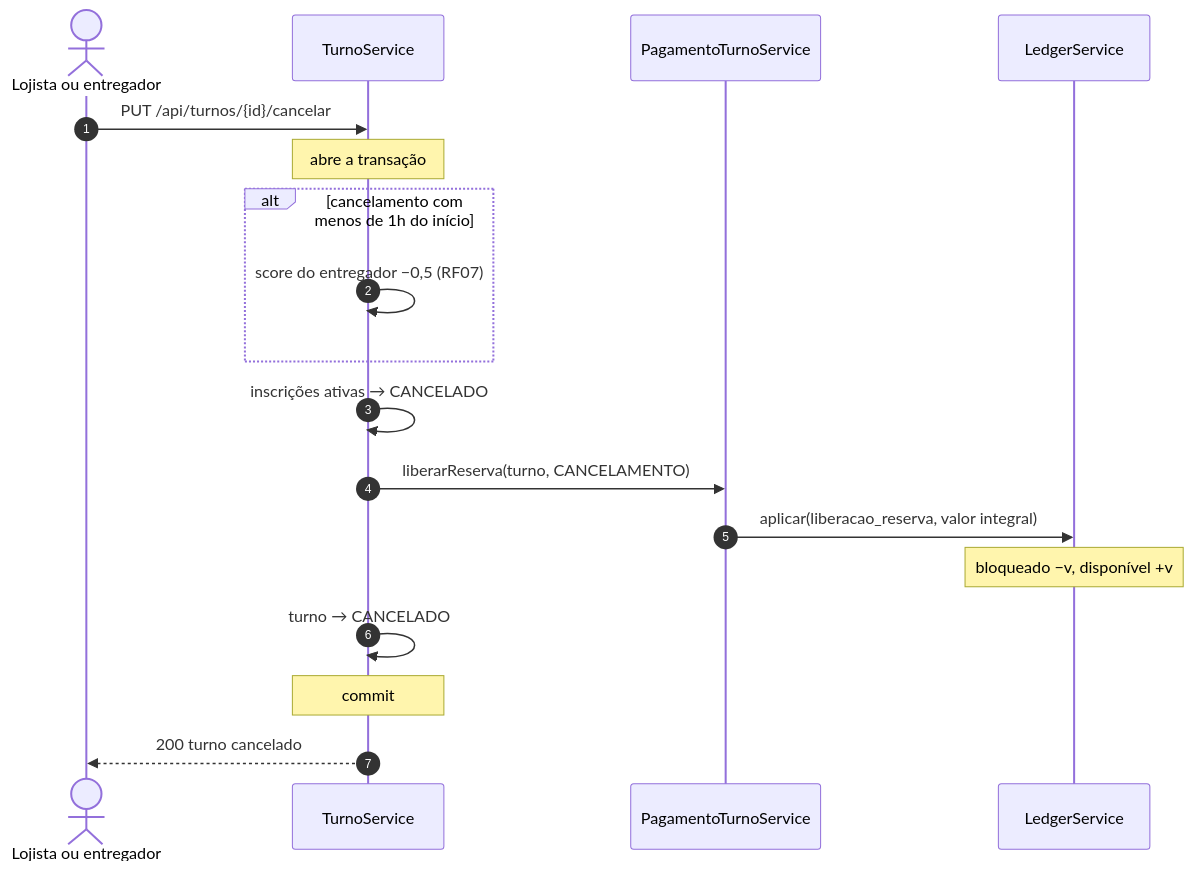
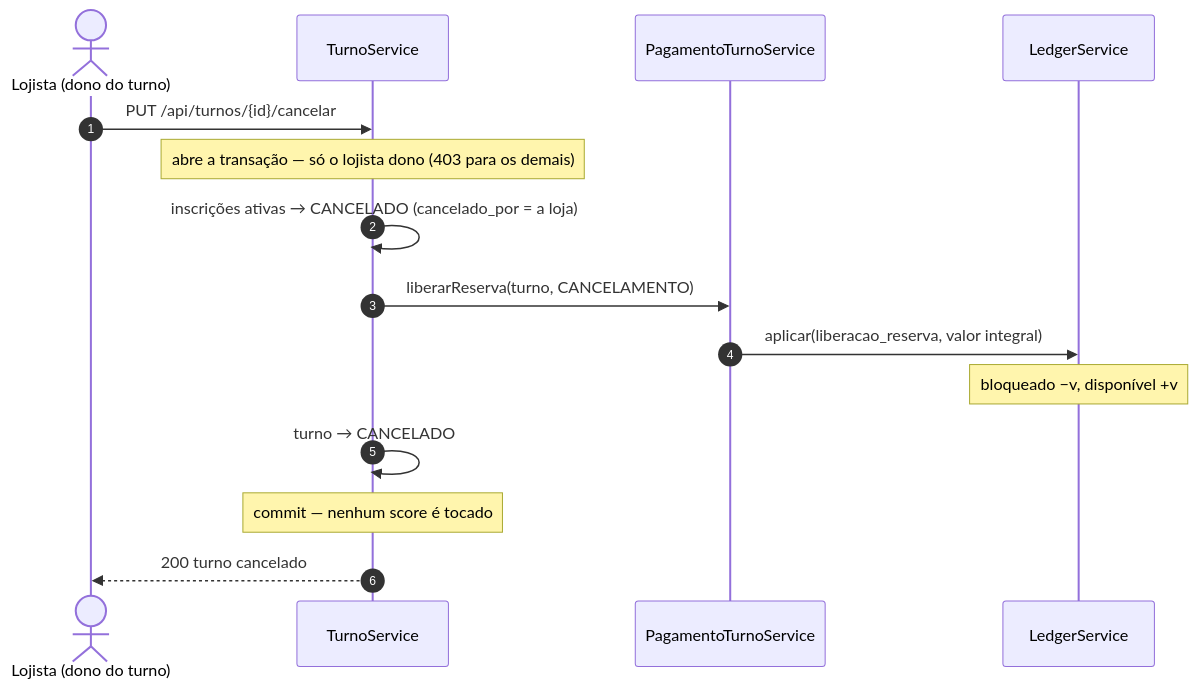
One commit to matheus-silverio-silva/motoshift changed the fourth of 7 diagrams in docs/financeiro/FLUXO-FINANCEIRO.md. Above: the diagram before and after it, drawn with Mermaid. The commit also changed other lines of this file and 30 other files, not shown here.

````diff
--- a/docs/financeiro/FLUXO-FINANCEIRO.md
+++ b/docs/financeiro/FLUXO-FINANCEIRO.md
@@ -162,21 +162,18 @@
 ```mermaid
 sequenceDiagram
     autonumber
-    actor Q as Lojista ou entregador
+    actor Q as Lojista (dono do turno)
     participant S as TurnoService
     participant P as PagamentoTurnoService
     participant LG as LedgerService
 
     Q->>S: PUT /api/turnos/{id}/cancelar
-    Note over S: abre a transação
-    alt cancelamento com menos de 1h do início
-        S->>S: score do entregador −0,5 (RF07)
-    end
-    S->>S: inscrições ativas → CANCELADO
+    Note over S: abre a transação — só o lojista dono (403 para os demais)
+    S->>S: inscrições ativas → CANCELADO (cancelado_por = a loja)
     S->>P: liberarReserva(turno, CANCELAMENTO)
     P->>LG: aplicar(liberacao_reserva, valor integral)
     Note over LG: bloqueado −v, disponível +v
     S->>S: turno → CANCELADO
-    Note over S: commit
+    Note over S: commit — nenhum score é tocado
     S-->>Q: 200 turno cancelado
 ```
````
